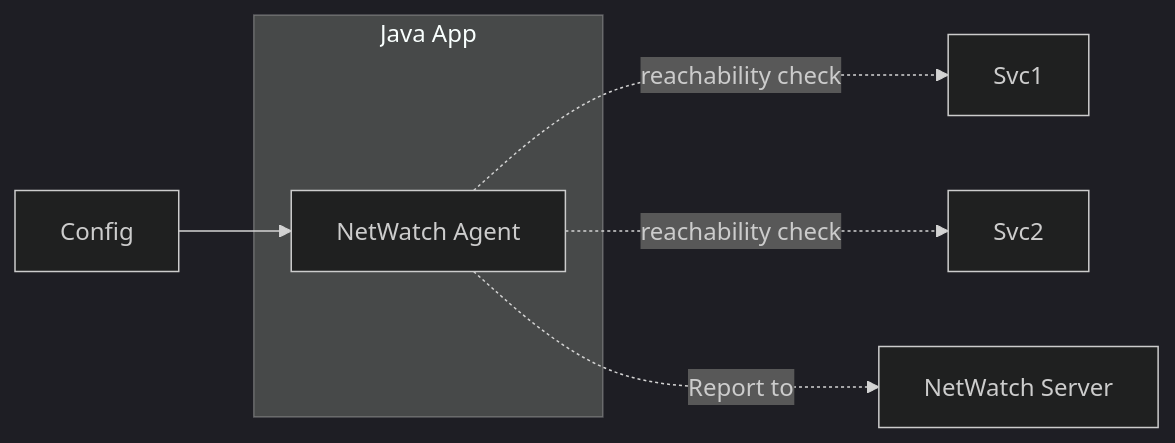
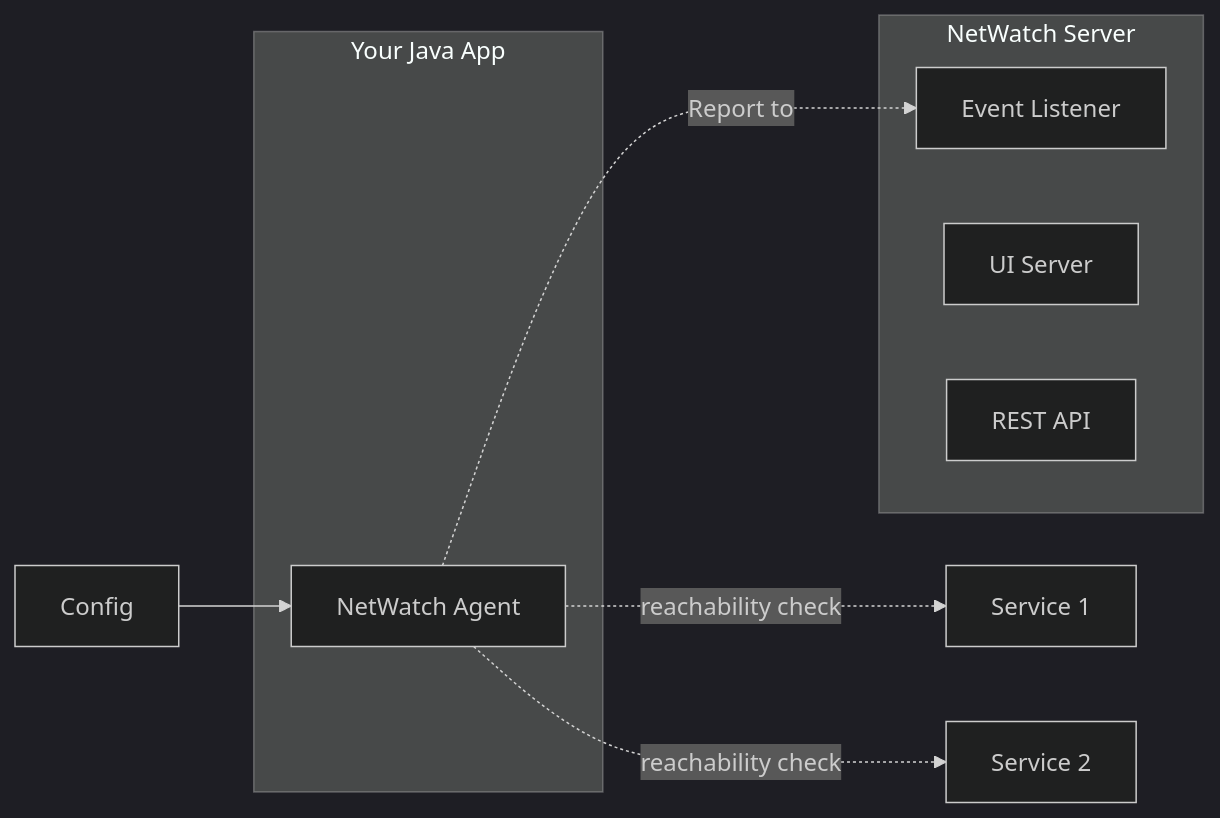
The diagram in README.md (NetGaze/NetGaze), drawn with Mermaid (dark theme) before and after one commit. The commit also changed other lines of this file, not shown here.

````diff
--- a/README.md
+++ b/README.md
@@ -12,13 +14,21 @@
 ```mermaid
 flowchart LR
     cfg["Config"]
     lib["NetWatch Agent"]
-    server["NetWatch Server"]
-    lib -. reachability check .-> Svc1
-    lib -. reachability check .-> Svc2
-    lib -. Report to .-> server
-    subgraph app["Java App"]
+    svc1["Service 1"]
+    svc2["Service 2"]
+    lib -. reachability check .-> svc1
+    lib -. reachability check .-> svc2
+    lib -. Report to .-> listener
+
+    subgraph app["Your Java App"]
         lib
     end
+    subgraph server["NetWatch Server"]
+        ui["UI Server"]
+        rest["REST API"]
+        listener["Event Listener"]
+    end
+
     cfg --> lib
 ```
````
